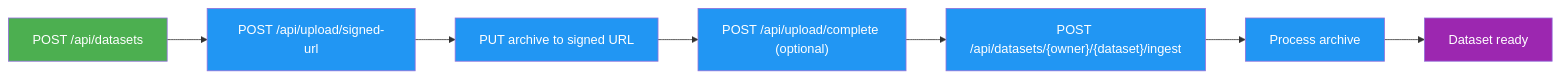
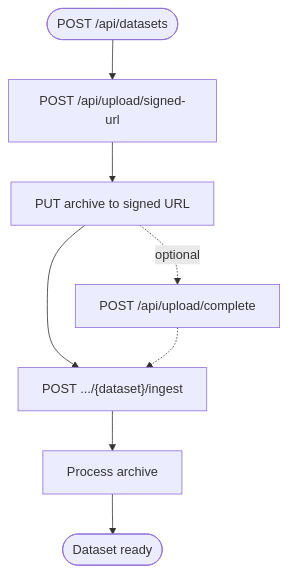
Before and after one commit to ultralytics/ultralytics: the second of 4 diagrams in docs/en/platform/api/index.md, drawn with Mermaid. The commit also changed other lines of this file and 20 other files, not shown here.

Commit message:
Migrate docs Mermaid diagrams to the unified design system (#26573)

````diff
--- a/docs/en/platform/api/index.md
+++ b/docs/en/platform/api/index.md
@@ -986,13 +983,10 @@
 ```mermaid
-graph LR
-    A[POST /api/datasets]:::start --> B[POST /api/upload/signed-url]:::proc
-    B --> C[PUT archive to signed URL]:::proc
-    C --> D["POST /api/upload/complete (optional)"]:::proc
-    D --> E["POST /api/datasets/{owner}/{dataset}/ingest"]:::proc
-    E --> F[Process archive]:::proc
-    F --> G[Dataset ready]:::out
-
-    classDef start fill:#4CAF50,color:#fff
-    classDef proc fill:#2196F3,color:#fff
-    classDef out fill:#9C27B0,color:#fff
+flowchart TD
+    A(["POST /api/datasets"]) --> B["POST /api/upload/signed-url"]
+    B --> C[PUT archive to signed URL]
+    C -.->|optional| D["POST /api/upload/complete"]
+    C --> E["POST .../{dataset}/ingest"]
+    D -.-> E
+    E --> F[Process archive]
+    F --> G([Dataset ready])
 ```
````
